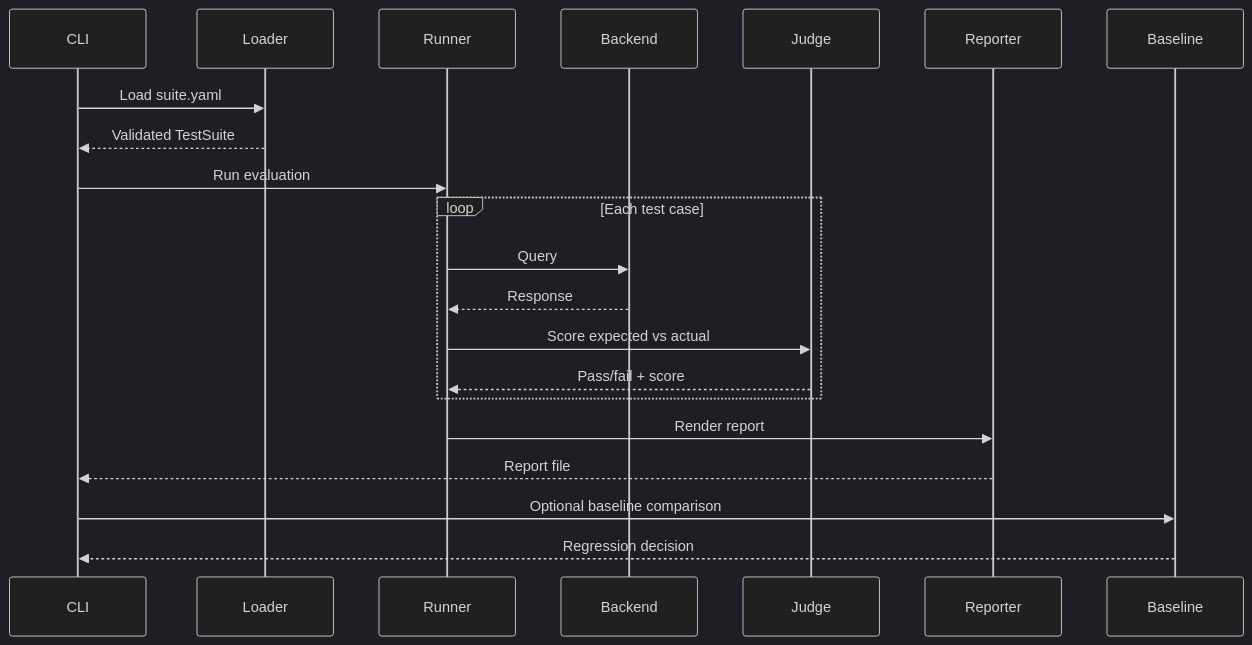
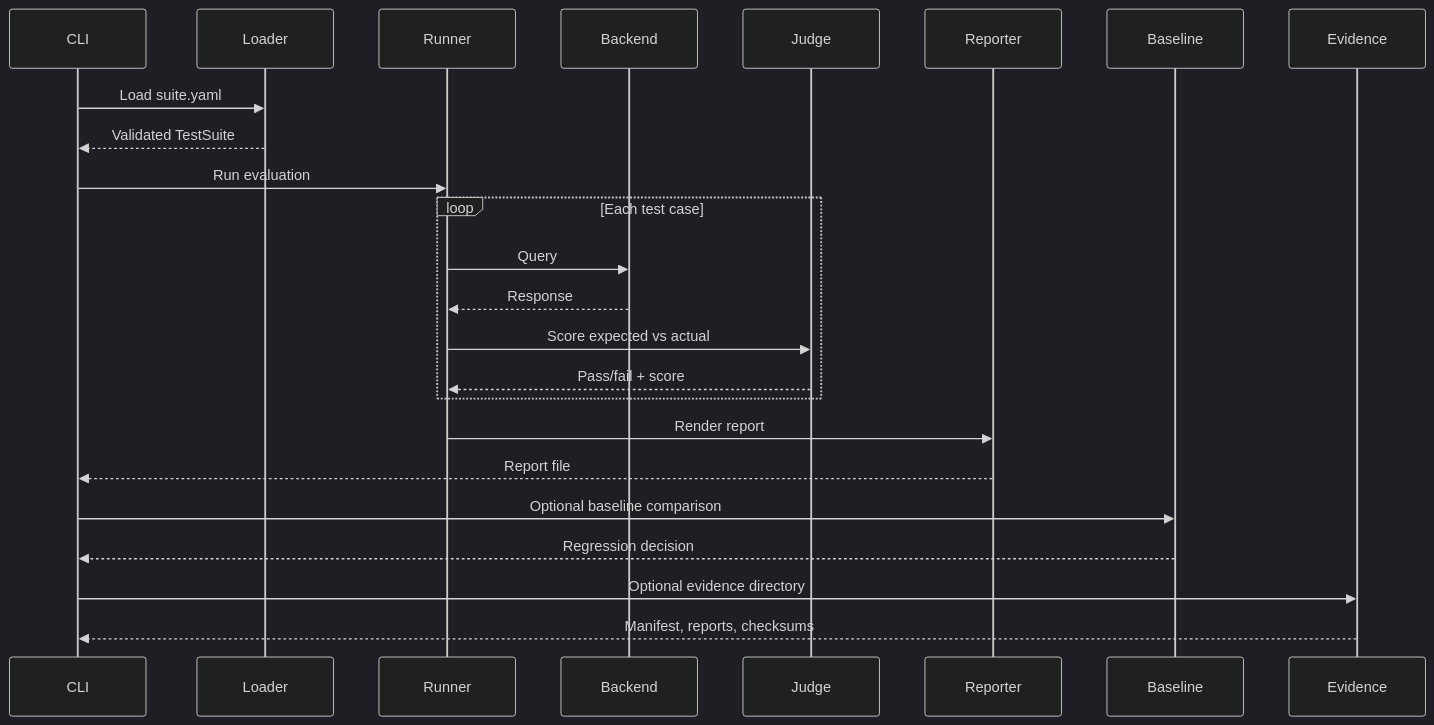
Before and after one commit to FishRaposo/evalforge: the third of 3 diagrams in docs/architecture/c4.md, drawn with Mermaid (dark theme). The commit also changed other lines of this file and 25 other files, not shown here.

````diff
--- a/docs/architecture/c4.md
+++ b/docs/architecture/c4.md
@@ -51,24 +55,27 @@
 ```mermaid
 sequenceDiagram
     participant CLI
     participant Loader
     participant Runner
     participant Backend
     participant Judge
     participant Reporter
     participant Baseline
+    participant Evidence
 
     CLI->>Loader: Load suite.yaml
     Loader-->>CLI: Validated TestSuite
     CLI->>Runner: Run evaluation
     loop Each test case
         Runner->>Backend: Query
         Backend-->>Runner: Response
         Runner->>Judge: Score expected vs actual
         Judge-->>Runner: Pass/fail + score
     end
     Runner->>Reporter: Render report
     Reporter-->>CLI: Report file
     CLI->>Baseline: Optional baseline comparison
     Baseline-->>CLI: Regression decision
+    CLI->>Evidence: Optional evidence directory
+    Evidence-->>CLI: Manifest, reports, checksums
 ```
````
